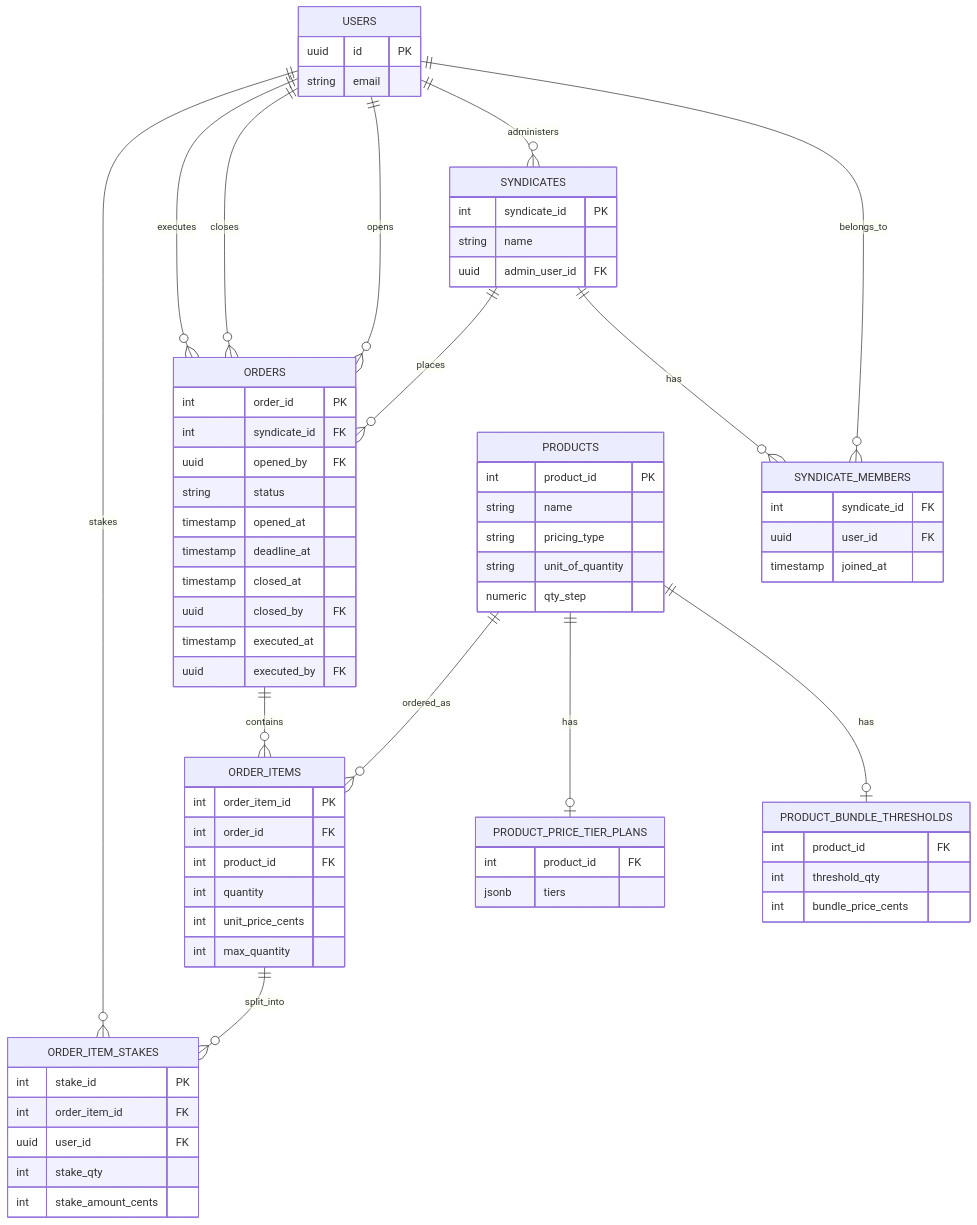
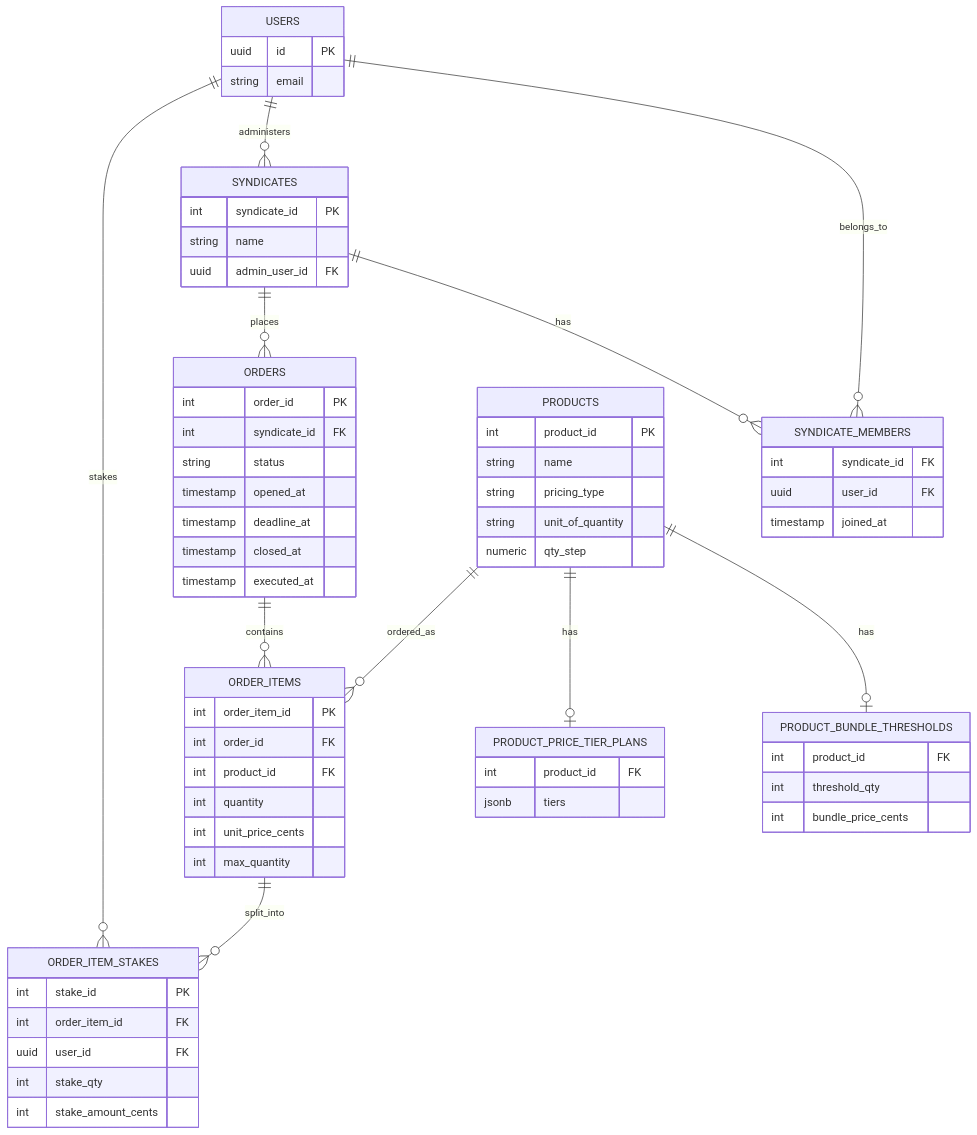
Before and after one commit to sormiston/AnteCat: the diagram in .claude/context/backend.md, drawn with Mermaid. The commit also changed other lines of this file and 1 other file, not shown here.

````diff
--- a/.claude/context/backend.md
+++ b/.claude/context/backend.md
@@ -62,75 +62,69 @@
 ```mermaid
 
 erDiagram
   USERS ||--o{ SYNDICATE_MEMBERS : belongs_to
   SYNDICATES ||--o{ SYNDICATE_MEMBERS : has
   USERS ||--o{ SYNDICATES : administers
   SYNDICATES ||--o{ ORDERS : places
-  USERS ||--o{ ORDERS : opens
-  USERS ||--o{ ORDERS : closes
-  USERS ||--o{ ORDERS : executes
   PRODUCTS ||--o| PRODUCT_BUNDLE_THRESHOLDS : has
   PRODUCTS ||--o| PRODUCT_PRICE_TIER_PLANS : has
   ORDERS ||--o{ ORDER_ITEMS : contains
   PRODUCTS ||--o{ ORDER_ITEMS : ordered_as
   ORDER_ITEMS ||--o{ ORDER_ITEM_STAKES : split_into
   USERS ||--o{ ORDER_ITEM_STAKES : stakes
 
   USERS {
     uuid id PK
     string email
   }
   SYNDICATES {
     int syndicate_id PK
     string name
     uuid admin_user_id FK
   }
   SYNDICATE_MEMBERS {
     int syndicate_id FK
     uuid user_id FK
     timestamp joined_at
   }
   PRODUCTS {
     int product_id PK
     string name
     string pricing_type
     string unit_of_quantity
     numeric qty_step
   }
   PRODUCT_BUNDLE_THRESHOLDS {
     int product_id FK
     int threshold_qty
     int bundle_price_cents
   }
   PRODUCT_PRICE_TIER_PLANS {
     int product_id FK
     jsonb tiers
   }
   ORDERS {
     int order_id PK
     int syndicate_id FK
-    uuid opened_by FK
     string status
     timestamp opened_at
     timestamp deadline_at
     timestamp closed_at
-    uuid closed_by FK
     timestamp executed_at
-    uuid executed_by FK
   }
   ORDER_ITEMS {
     int order_item_id PK
     int order_id FK
     int product_id FK
     int quantity
     int unit_price_cents
     int max_quantity
   }
   ORDER_ITEM_STAKES {
     int stake_id PK
     int order_item_id FK
     uuid user_id FK
     int stake_qty
     int stake_amount_cents
   }
 ```
````
